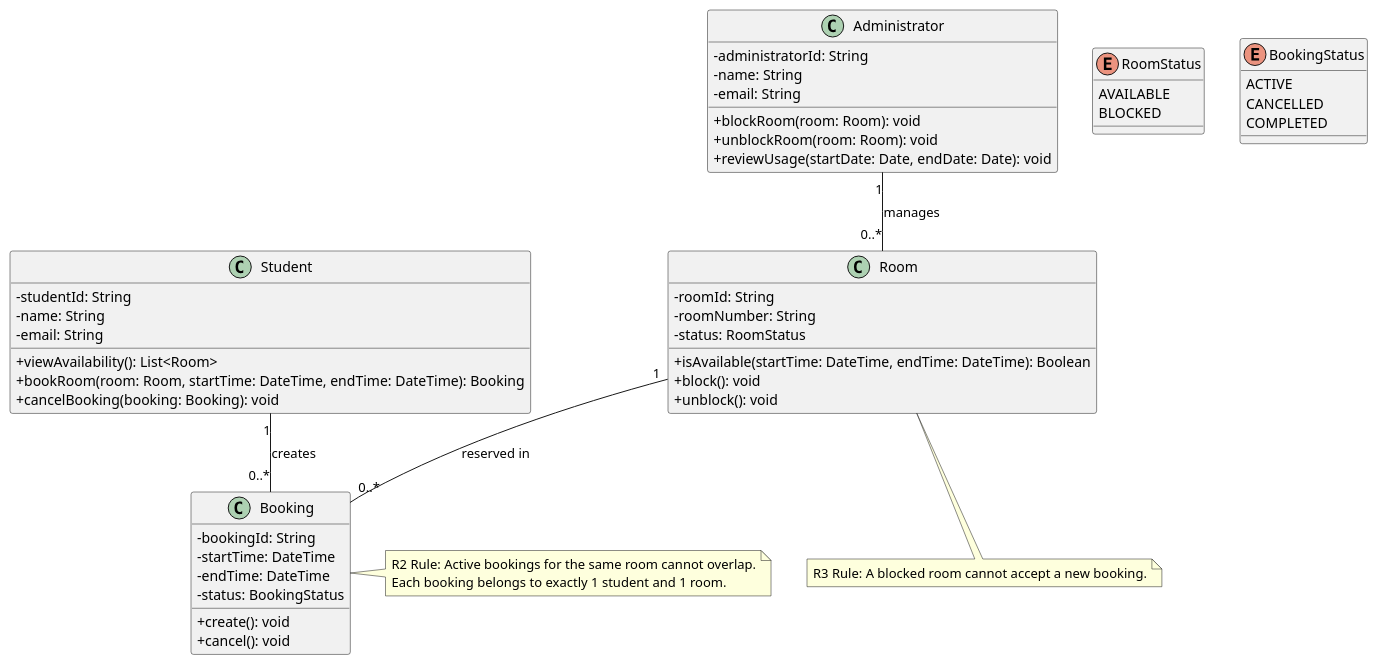
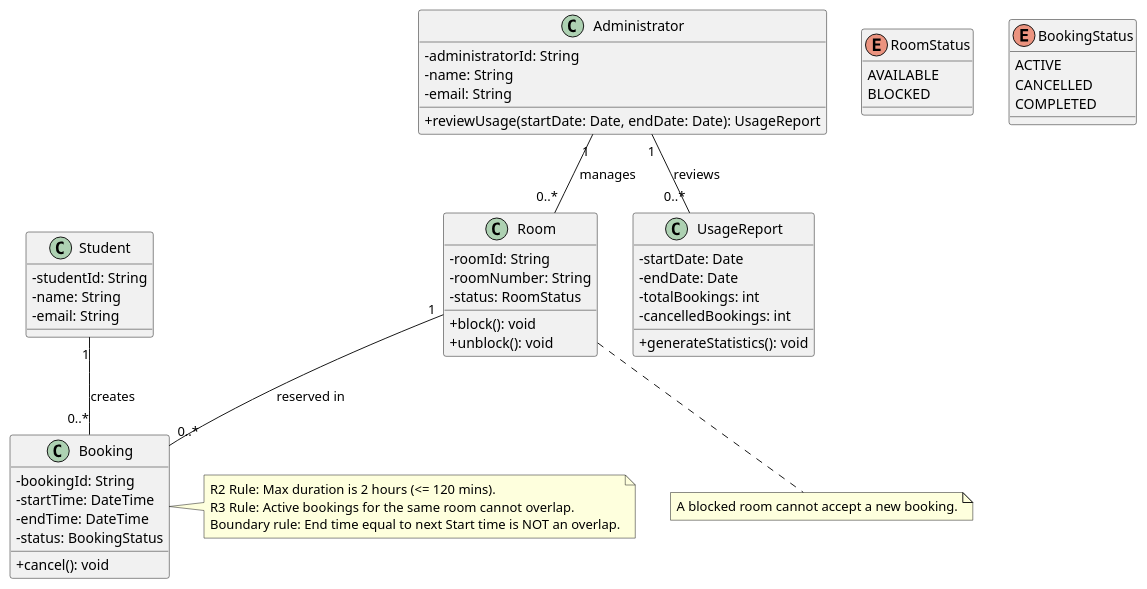
The diagram in week-04/models/class.puml (KabylDaryn/se-practice), drawn with PlantUML before and after one commit. The commit also changed 2 other files, not shown here.

Commit message:
week-04: apply critique corrections to use-case, class, and sequence diagrams

```diff
--- a/week-04/models/class.puml
+++ b/week-04/models/class.puml
@@ -1,64 +1,67 @@
 @startuml
 skinparam classAttributeIconSize 0
 
 class Student {
     - studentId: String
     - name: String
     - email: String
-    + viewAvailability(): List<Room>
-    + bookRoom(room: Room, startTime: DateTime, endTime: DateTime): Booking
-    + cancelBooking(booking: Booking): void
 }
 
 class Administrator {
     - administratorId: String
     - name: String
     - email: String
-    + blockRoom(room: Room): void
-    + unblockRoom(room: Room): void
-    + reviewUsage(startDate: Date, endDate: Date): void
+    + reviewUsage(startDate: Date, endDate: Date): UsageReport
 }
 
 class Room {
     - roomId: String
     - roomNumber: String
     - status: RoomStatus
-    + isAvailable(startTime: DateTime, endTime: DateTime): Boolean
     + block(): void
     + unblock(): void
 }
 
 class Booking {
     - bookingId: String
     - startTime: DateTime
     - endTime: DateTime
     - status: BookingStatus
-    + create(): void
     + cancel(): void
+}
+
+class UsageReport {
+    - startDate: Date
+    - endDate: Date
+    - totalBookings: int
+    - cancelledBookings: int
+    + generateStatistics(): void
 }
 
 enum RoomStatus {
     AVAILABLE
     BLOCKED
 }
 
 enum BookingStatus {
     ACTIVE
     CANCELLED
     COMPLETED
 }
 
 Student "1" -- "0..*" Booking : creates
 Room "1" -- "0..*" Booking : reserved in
 Administrator "1" -- "0..*" Room : manages
+Administrator "1" -- "0..*" UsageReport : reviews
 
 note right of Booking
-  R2 Rule: Active bookings for the same room cannot overlap.
-  Each booking belongs to exactly 1 student and 1 room.
+  R2 Rule: Max duration is 2 hours (<= 120 mins).
+  R3 Rule: Active bookings for the same room cannot overlap.
+  Boundary rule: End time equal to next Start time is NOT an overlap.
 end note
 
 note bottom of Room
-  R3 Rule: A blocked room cannot accept a new booking.
+  A blocked room cannot accept a new booking.
 end note
 
 @enduml
```
